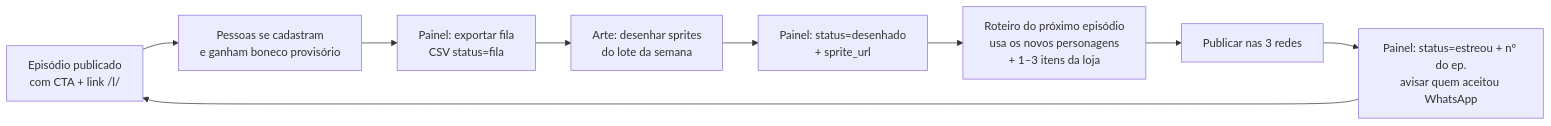
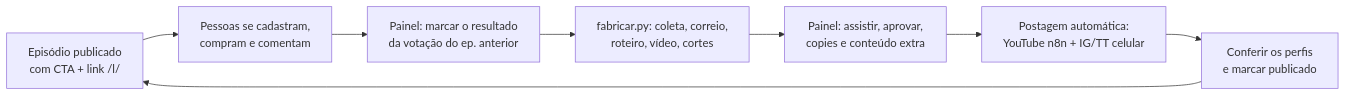
One commit to Zuerocruel/Nova-Marte changed the diagram in docs/PROCESSOS.md. Above: the diagram before and after it, drawn with Mermaid. The commit also changed other lines of this file and 1 other file, not shown here.

````diff
--- a/docs/PROCESSOS.md
+++ b/docs/PROCESSOS.md
@@ -5,11 +5,10 @@
 ```mermaid
 flowchart LR
-  A[Episódio publicado<br/>com CTA + link /l/] --> B[Pessoas se cadastram<br/>e ganham boneco provisório]
-  B --> C[Painel: exportar fila<br/>CSV status=fila]
-  C --> D[Arte: desenhar sprites<br/>do lote da semana]
-  D --> E[Painel: status=desenhado<br/>+ sprite_url]
-  E --> F[Roteiro do próximo episódio<br/>usa os novos personagens<br/>+ 1–3 itens da loja]
-  F --> G[Publicar nas 3 redes]
-  G --> H[Painel: status=estreou + nº do ep.<br/>avisar quem aceitou WhatsApp]
-  H --> A
+  A[Episódio publicado<br/>com CTA + link /l/] --> B[Pessoas se cadastram,<br/>compram e comentam]
+  B --> C[Painel: marcar o resultado<br/>da votação do ep. anterior]
+  C --> D[fabricar.py: coleta, correio,<br/>roteiro, vídeo, cortes]
+  D --> E[Painel: assistir, aprovar,<br/>copies e conteúdo extra]
+  E --> F[Postagem automática:<br/>YouTube n8n + IG/TT celular]
+  F --> G[Conferir os perfis<br/>e marcar publicado]
+  G --> A
 ```
````
